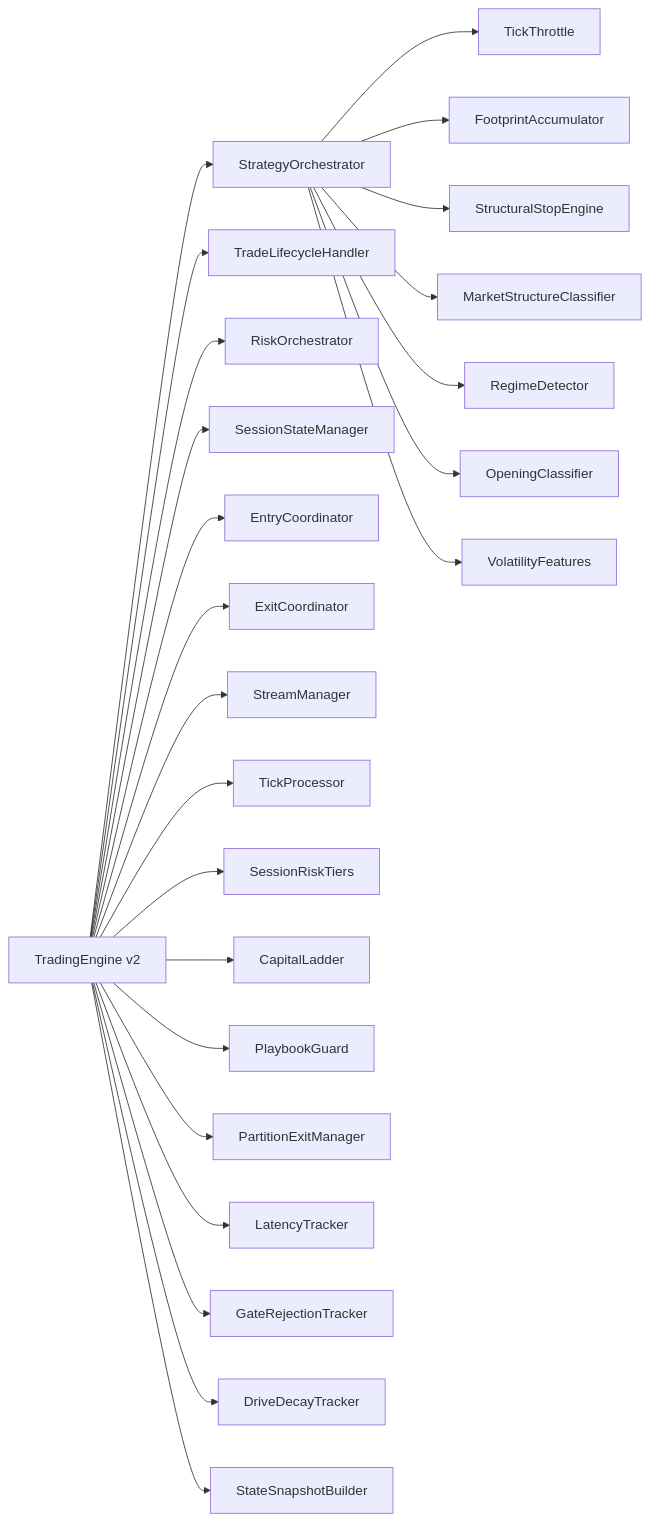
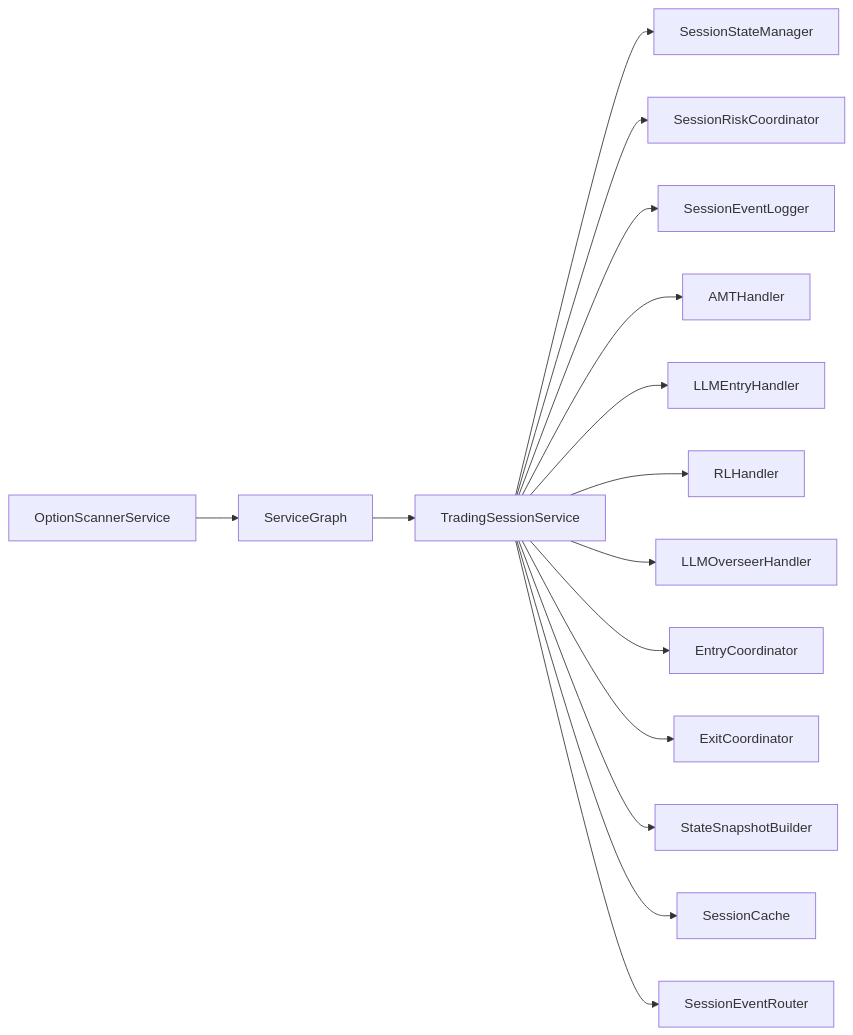
One commit to gemrajkhatry-maker/v5-of-glassytrade-ai changed the fourth of 4 diagrams in .qoder/repowiki/en/content/Backend Application/Core Services/Trading Engine.md. Above: the diagram before and after it, drawn with Mermaid. The commit also changed other lines of this file and 219 other files, not shown here.

First line of the commit message:
refactor: major architecture improvements across backend, backendv2, brokers, and frontend

````diff
--- a/.qoder/repowiki/en/content/Backend Application/Core Services/Trading Engine.md
+++ b/.qoder/repowiki/en/content/Backend Application/Core Services/Trading Engine.md
@@ -624,26 +444,17 @@
 ```mermaid
 graph LR
-TE["TradingEngine v2"] --> SO["StrategyOrchestrator"]
-TE --> TLH["TradeLifecycleHandler"]
-TE --> RO["RiskOrchestrator"]
-TE --> SSM["SessionStateManager"]
-TE --> EC["EntryCoordinator"]
-TE --> XC["ExitCoordinator"]
-TE --> SM["StreamManager"]
-TE --> TP["TickProcessor"]
-SO --> TT["TickThrottle"]
-SO --> FA["FootprintAccumulator"]
-SO --> SSE["StructuralStopEngine"]
-SO --> MSC["MarketStructureClassifier"]
-SO --> RD["RegimeDetector"]
-SO --> OC["OpeningClassifier"]
-SO --> VF["VolatilityFeatures"]
-TE --> SRT["SessionRiskTiers"]
-TE --> CL["CapitalLadder"]
-TE --> PG["PlaybookGuard"]
-TE --> PEM["PartitionExitManager"]
-TE --> LT["LatencyTracker"]
-TE --> GRT["GateRejectionTracker"]
-TE --> DD["DriveDecayTracker"]
-TE --> SSB["StateSnapshotBuilder"]
+TS["TradingSessionService"] --> SM["SessionStateManager"]
+TS --> SRC["SessionRiskCoordinator"]
+TS --> SEL["SessionEventLogger"]
+TS --> AMTH["AMTHandler"]
+TS --> LLMH["LLMEntryHandler"]
+TS --> RLH["RLHandler"]
+TS --> OVER["LLMOverseerHandler"]
+TS --> ENTRY["EntryCoordinator"]
+TS --> EXIT["ExitCoordinator"]
+TS --> SSB["StateSnapshotBuilder"]
+TS --> SCR["SessionCache"]
+TS --> ER["SessionEventRouter"]
+SG["ServiceGraph"] --> TS
+OS["OptionScannerService"] --> SG
 ```
````
